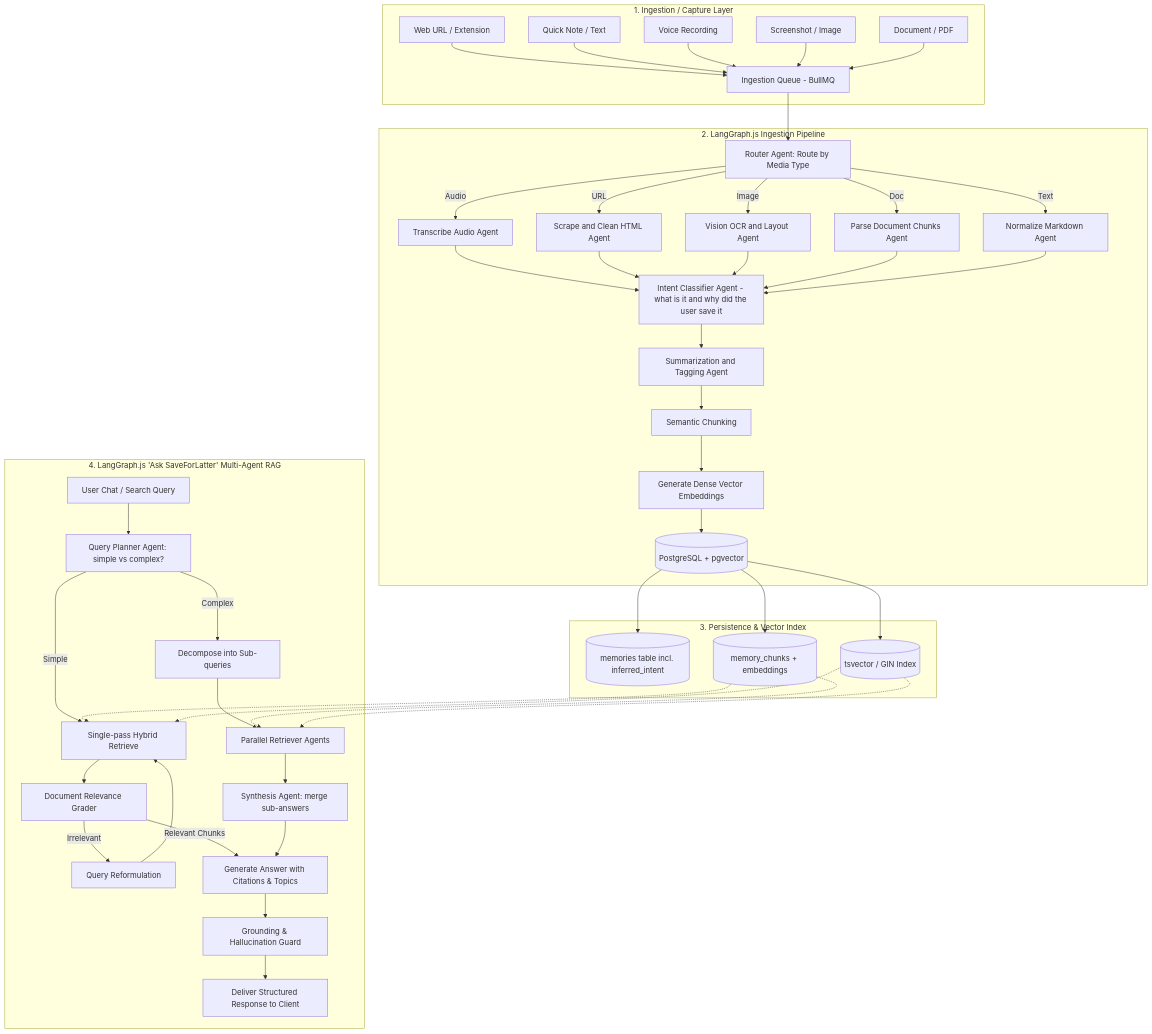
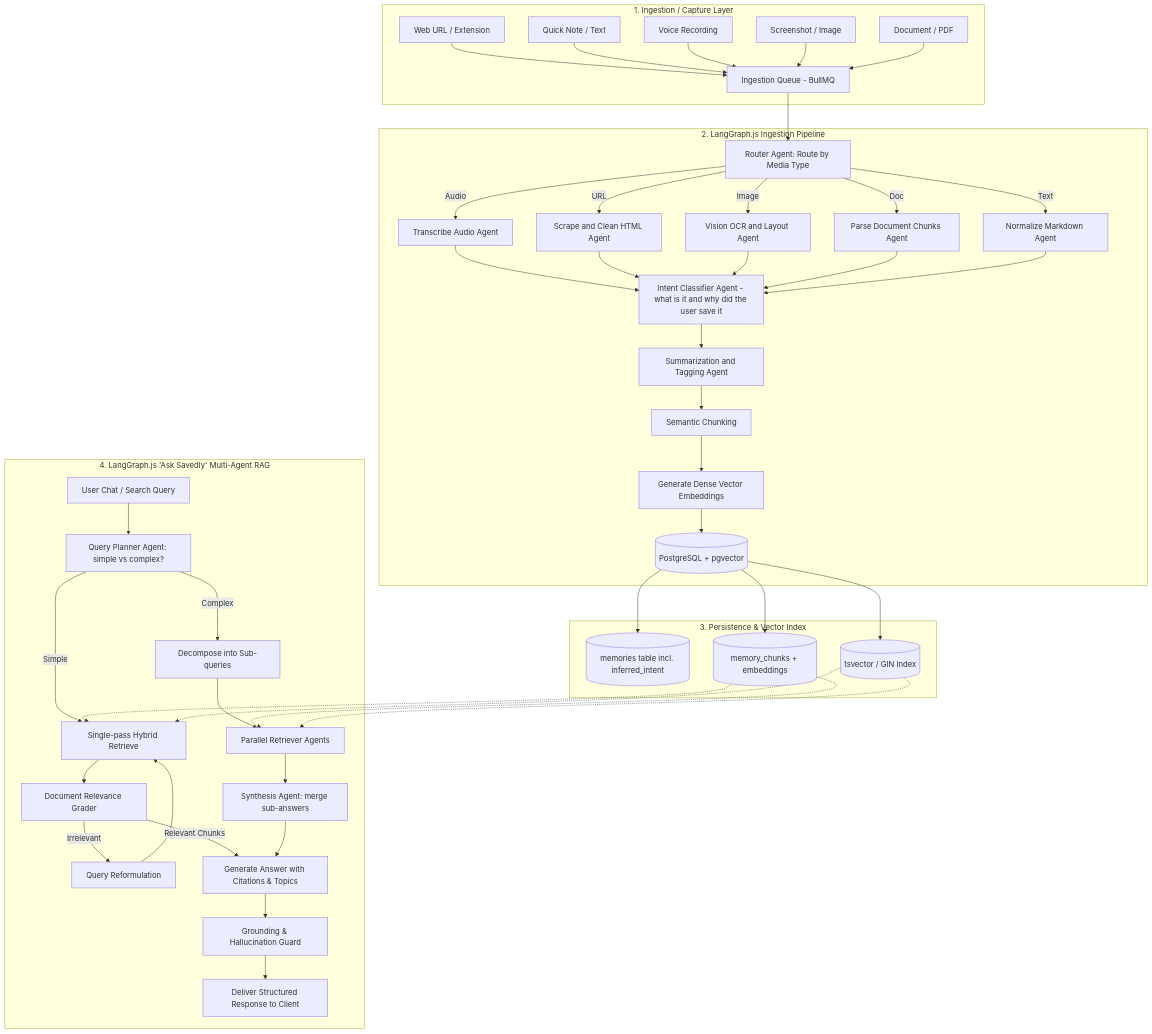
The first of 4 diagrams in docs/AI_REQUIREMENTS.md (jyotishankar04/savedly), drawn with Mermaid before and after one commit. The commit also changed other lines of this file and 170 other files, not shown here.

````diff
--- a/docs/AI_REQUIREMENTS.md
+++ b/docs/AI_REQUIREMENTS.md
@@ -39,48 +39,48 @@
 ```mermaid
 flowchart TD
     subgraph Capture["1. Ingestion / Capture Layer"]
         A1[Web URL / Extension] --> INGEST[Ingestion Queue - BullMQ]
         A2[Quick Note / Text] --> INGEST
         A3[Voice Recording] --> INGEST
         A4[Screenshot / Image] --> INGEST
         A5[Document / PDF] --> INGEST
     end
 
     subgraph LangGraphIngest["2. LangGraph.js Ingestion Pipeline"]
         INGEST --> N1[Router Agent: Route by Media Type]
         N1 -->|Audio| N2[Transcribe Audio Agent]
         N1 -->|URL| N3[Scrape and Clean HTML Agent]
         N1 -->|Image| N4[Vision OCR and Layout Agent]
         N1 -->|Doc| N5[Parse Document Chunks Agent]
         N1 -->|Text| N6[Normalize Markdown Agent]
 
         N2 & N3 & N4 & N5 & N6 --> N7[Intent Classifier Agent - what is it and why did the user save it]
         N7 --> N8[Summarization and Tagging Agent]
         N8 --> N9[Semantic Chunking]
         N9 --> N10[Generate Dense Vector Embeddings]
         N10 --> N11[(PostgreSQL + pgvector)]
     end
 
     subgraph Storage["3. Persistence & Vector Index"]
         N11 --> DB_MEM[(memories table incl. inferred_intent)]
         N11 --> DB_CHUNKS[(memory_chunks + embeddings)]
         N11 --> DB_FTS[(tsvector / GIN Index)]
     end
 
-    subgraph LangGraphRAG["4. LangGraph.js 'Ask SaveForLatter' Multi-Agent RAG"]
+    subgraph LangGraphRAG["4. LangGraph.js 'Ask Savedly' Multi-Agent RAG"]
         U_QUERY[User Chat / Search Query] --> PLANNER[Query Planner Agent: simple vs complex?]
         PLANNER -->|Simple| RAG_SIMPLE[Single-pass Hybrid Retrieve]
         PLANNER -->|Complex| DECOMPOSE[Decompose into Sub-queries]
         DECOMPOSE --> PARALLEL[Parallel Retriever Agents]
         DB_CHUNKS & DB_FTS -.-> RAG_SIMPLE
         DB_CHUNKS & DB_FTS -.-> PARALLEL
         RAG_SIMPLE --> GRADE[Document Relevance Grader]
         PARALLEL --> SYNTH_SUB[Synthesis Agent: merge sub-answers]
         GRADE -->|Irrelevant| REWRITE[Query Reformulation]
         REWRITE --> RAG_SIMPLE
         GRADE -->|Relevant Chunks| SYNTH[Generate Answer with Citations & Topics]
         SYNTH_SUB --> SYNTH
         SYNTH --> HALLUCINATION_CHECK[Grounding & Hallucination Guard]
         HALLUCINATION_CHECK --> OUT[Deliver Structured Response to Client]
     end
 ```
````
